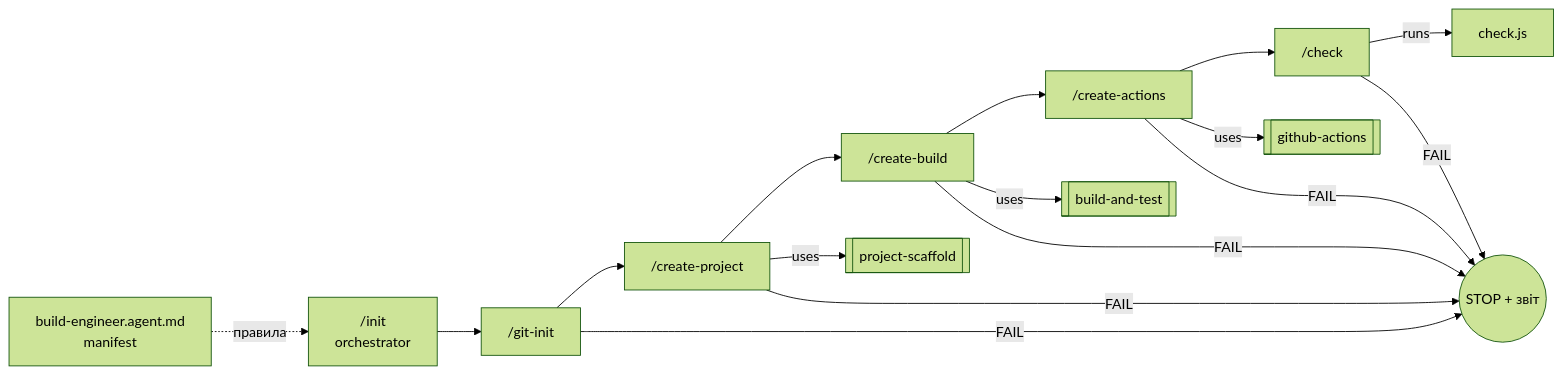
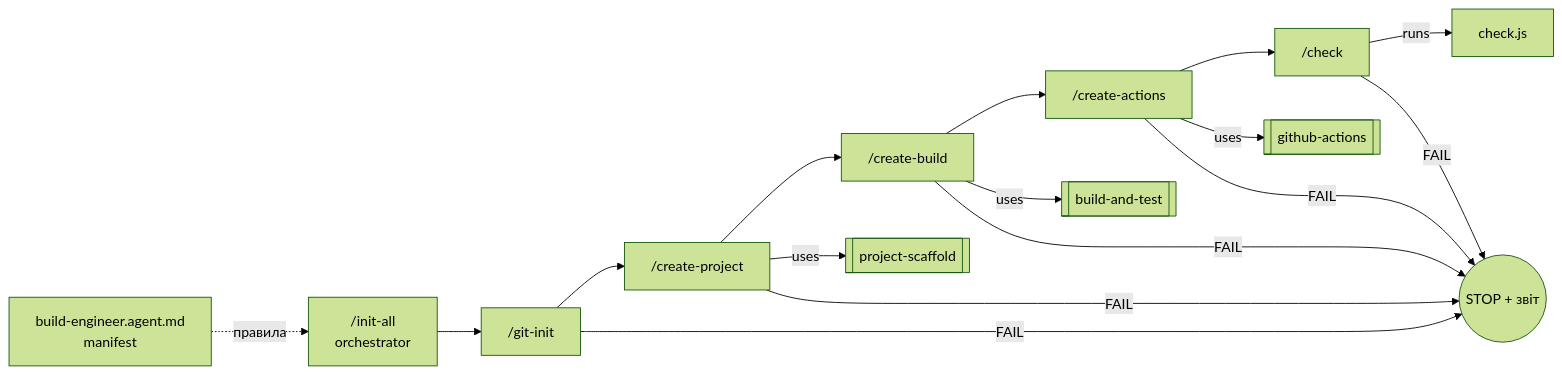
One commit to nikita-ovcharenko-ki-2023-lpnu-ua/apcs-lab1 changed the diagram in docs/architecture.md. Above: the diagram before and after it, drawn with Mermaid (forest theme). The commit also changed other lines of this file and 10 other files, not shown here.

First line of the commit message:
agent: rename orchestrator /init to /init-all

````diff
--- a/docs/architecture.md
+++ b/docs/architecture.md
@@ -33,11 +33,11 @@
 ```mermaid
 flowchart LR
     M[build-engineer.agent.md<br/>manifest] -.правила.-> I
-    I["/init<br/>orchestrator"] --> G["/git-init"]
+    I["/init-all<br/>orchestrator"] --> G["/git-init"]
     G --> P["/create-project"] --> B["/create-build"] --> A["/create-actions"] --> C["/check"]
     P --uses--> S1[[project-scaffold]]
     B --uses--> S2[[build-and-test]]
     A --uses--> S3[[github-actions]]
     C --runs--> T[check.js]
     G & P & B & A & C --FAIL--> X((STOP + звіт))
 ```
````
